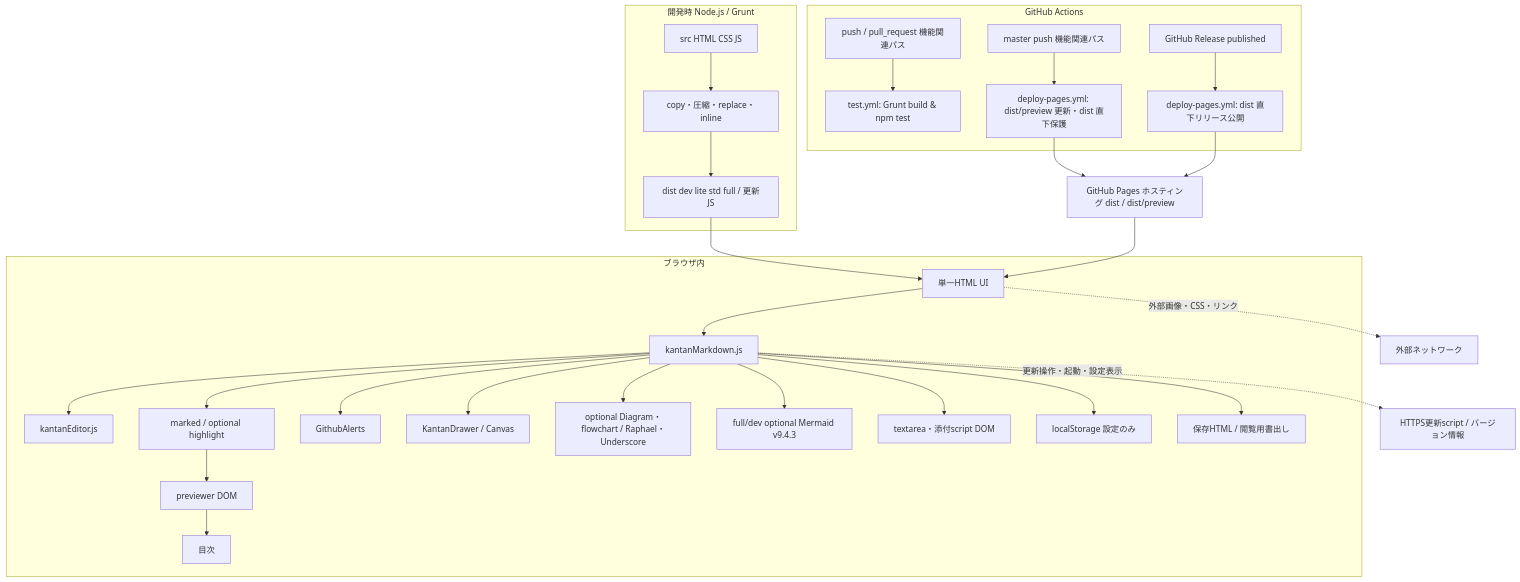
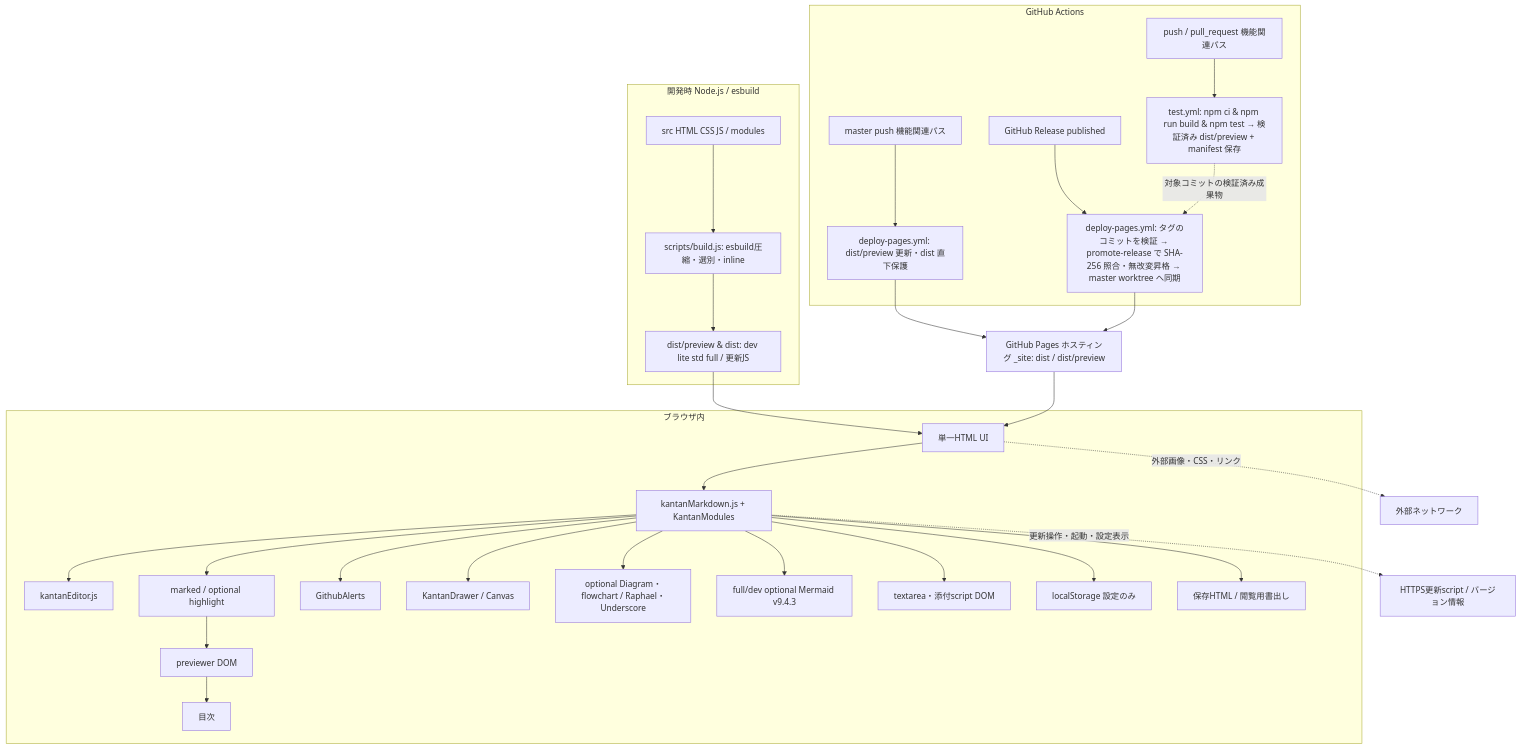
The diagram in .gear/3_詳細設計/34_アーキテクチャ構成図.md (hiro-gj/KanTanMarkdown), drawn with Mermaid before and after one commit. The commit also changed other lines of this file and 40 other files, not shown here.

Commit message:
v3.0.0 新ビルド環境（Node.js + esbuild）・CI/CD移行および独自JSモジュール化 (#32)

````diff
--- a/.gear/3_詳細設計/34_アーキテクチャ構成図.md
+++ b/.gear/3_詳細設計/34_アーキテクチャ構成図.md
@@ -3,32 +3,33 @@
 ```mermaid
 flowchart TD
- subgraph Dev[開発時 Node.js / Grunt]
- SRC[src HTML CSS JS] --> GRUNT[copy・圧縮・replace・inline]
- GRUNT --> DIST[dist dev lite std full / 更新JS]
+ subgraph Dev[開発時 Node.js / esbuild]
+ SRC[src HTML CSS JS / modules] --> BUILD[scripts/build.js: esbuild圧縮・選別・inline]
+ BUILD --> DIST[dist/preview & dist: dev lite std full / 更新JS]
  end
  subgraph CI_CD[GitHub Actions]
- PUSH_PR[push / pull_request 機能関連パス] --> TEST_WF[test.yml: Grunt build & npm test]
+ PUSH_PR[push / pull_request 機能関連パス] --> TEST_WF[test.yml: npm ci & npm run build & npm test → 検証済み dist/preview + manifest 保存]
  MERGE_MASTER[master push 機能関連パス] --> DEPLOY_WF[deploy-pages.yml: dist/preview 更新・dist 直下保護]
- REL[GitHub Release published] --> DEPLOY_WF_REL[deploy-pages.yml: dist 直下リリース公開]
+ REL[GitHub Release published] --> DEPLOY_WF_REL[deploy-pages.yml: タグのコミットを検証 → promote-release で SHA-256 照合・無改変昇格 → master worktree へ同期]
+ TEST_WF -. 対象コミットの検証済み成果物 .-> DEPLOY_WF_REL
  end
  subgraph Browser[ブラウザ内]
- UI[単一HTML UI] --> CORE[kantanMarkdown.js]
+ UI[単一HTML UI] --> CORE[kantanMarkdown.js + KantanModules]
  CORE --> EDIT[kantanEditor.js]
  CORE --> PARSE[marked / optional highlight]
  PARSE --> PREVIEW[previewer DOM]
  CORE --> ALERT[GithubAlerts]
  CORE --> DRAW[KantanDrawer / Canvas]
  CORE --> DIAGRAM[optional Diagram・flowchart / Raphael・Underscore]
  CORE --> MERMAID[full/dev optional Mermaid v9.4.3]
  CORE --> DATA[textarea・添付script DOM]
  CORE --> SETTINGS[localStorage 設定のみ]
  CORE --> OUTPUT[保存HTML / 閲覧用書出し]
  PREVIEW --> TOC[目次]
  end
  DIST --> UI
- DEPLOY_WF --> PAGES[GitHub Pages ホスティング dist / dist/preview]
+ DEPLOY_WF --> PAGES[GitHub Pages ホスティング _site: dist / dist/preview]
  DEPLOY_WF_REL --> PAGES
  PAGES --> UI
  CORE -. 更新操作・起動・設定表示 .-> REMOTE[HTTPS更新script / バージョン情報]
  UI -. 外部画像・CSS・リンク .-> NET[外部ネットワーク]
 ```
````
